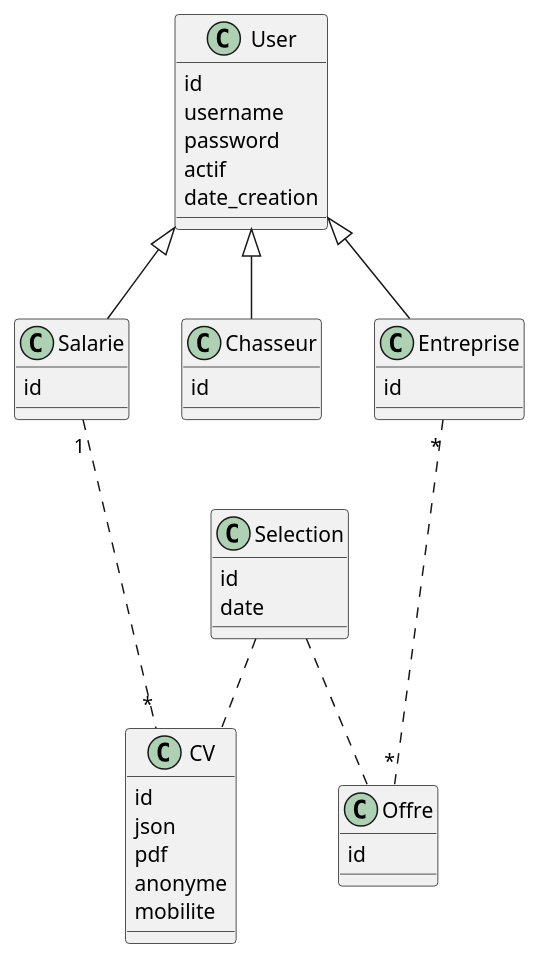
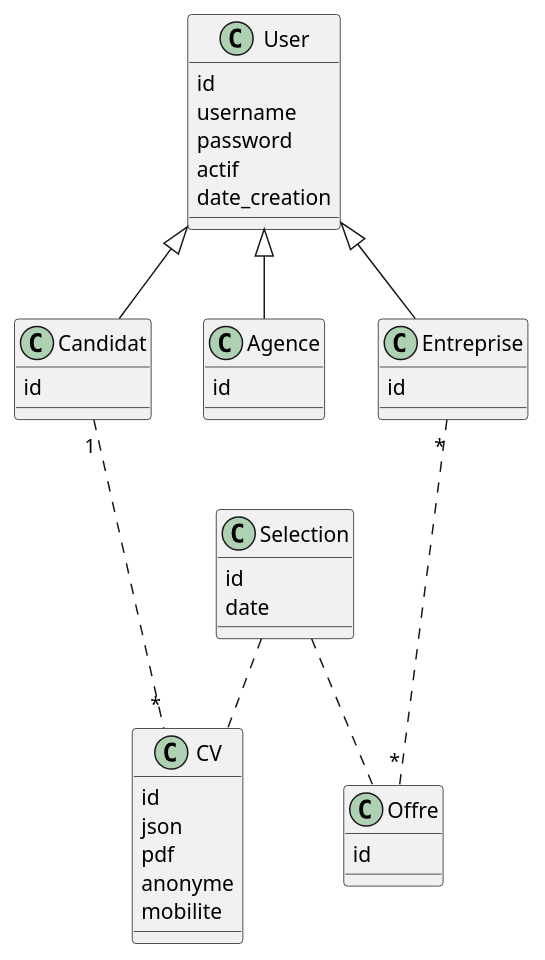
One commit to cangui2/candidatheque changed the diagram in doc/db.puml. Above: the diagram before and after it, drawn with PlantUML. The commit also changed 1 other file, not shown here.

```diff
--- a/doc/db.puml
+++ b/doc/db.puml
@@ -1,53 +1,54 @@
 @startuml
 
 class User {
     id
     username
     password
     actif
     date_creation
 }
 
-class Salarie {
+class Candidat {
   id
 
 }
 
-class Chasseur {
+class Agence {
   id
 
 }
 
 class Entreprise {
     id
 }
 
 class CV {
     id
     json
     pdf
     anonyme
     mobilite
 }
 
 class Selection {
     id
     date
 }
 
 class Offre {
     id
 }
 
 
 
 
-User <|-- Salarie
-User <|-- Chasseur
+User <|-- Candidat
+User <|-- Agence
 User <|-- Entreprise
-Salarie "1" ... "*" CV
+Candidat "1" ... "*" CV
 Entreprise "*" ... "*" Offre
 Selection .. CV
 Selection .. Offre
 
+
 @enduml
```
